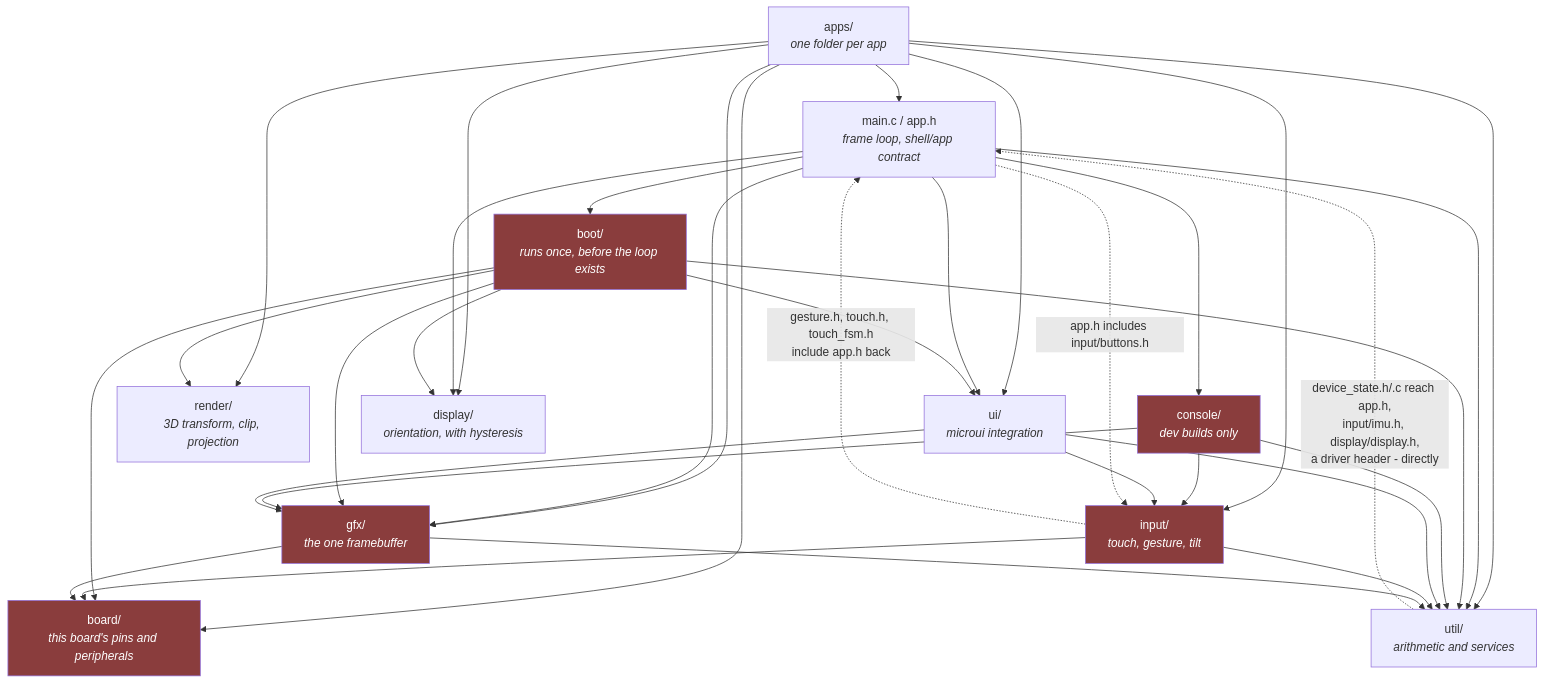
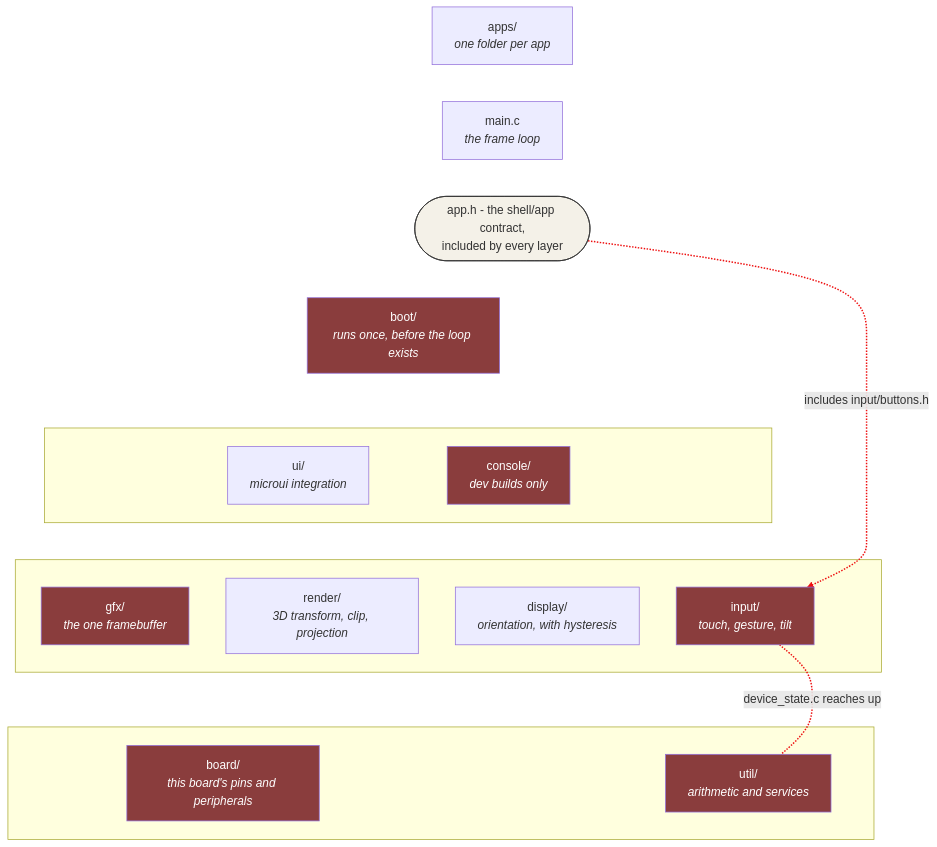
Before and after one commit to jose-villegas/autana: the first of 3 diagrams in docs/Launcher-Architecture.md, drawn with Mermaid. The commit also changed other lines of this file and 1 other file, not shown here.

Commit message:
docs: redraw the layer map as tiers, and the device-lock sequence
The layer map's edge-per-include drawing was an unreadable tangle once
every #include direction was on the page. Redrawn as tiers - one row per
dependency depth, a folder including only what sits below it - with the
two real layering violations as the only drawn arrows, in red, and
app.h shown once as the contract every layer includes rather than as a
hub with an edge from each of them.

Device-Lock.md's sequence diagram only covered the lock/port/bash-flash
lane; split it with a serial-commands lane (send, screenshot, run-suite,
listen open the port directly) alongside flash/batch/selftest, moved the
lock-token refusal into a Note instead of a return arrow, and added the
reset-and-read-BUILD_ID step that actually follows a flash.

````diff
--- a/docs/Launcher-Architecture.md
+++ b/docs/Launcher-Architecture.md
@@ -245,59 +245,53 @@
 ```mermaid
 flowchart TB
     classDef hw fill:#8a3d3d,color:#fff
+    classDef contract fill:#f4f1e8,stroke:#333,stroke-width:1px
 
     Apps["apps/<br/><i>one folder per app</i>"]
-    Shell["main.c / app.h<br/><i>frame loop, shell/app contract</i>"]
+    Main["main.c<br/><i>the frame loop</i>"]
+    Contract(["app.h - the shell/app contract,<br/>included by every layer"]):::contract
     Boot["boot/<br/><i>runs once, before the loop exists</i>"]
-    Ui["ui/<br/><i>microui integration</i>"]
-    Input["input/<br/><i>touch, gesture, tilt</i>"]
-    Render["render/<br/><i>3D transform, clip, projection</i>"]
-    Util["util/<br/><i>arithmetic and services</i>"]
-    Console["console/<br/><i>dev builds only</i>"]
-    Gfx["gfx/<br/><i>the one framebuffer</i>"]
-    Display["display/<br/><i>orientation, with hysteresis</i>"]
-    Board["board/<br/><i>this board's pins and peripherals</i>"]
 
-    class Boot,Gfx,Input,Console,Board hw
+    subgraph T4[" "]
+        Ui["ui/<br/><i>microui integration</i>"]
+        Console["console/<br/><i>dev builds only</i>"]
+    end
+    subgraph T5[" "]
+        Gfx["gfx/<br/><i>the one framebuffer</i>"]
+        Render["render/<br/><i>3D transform, clip, projection</i>"]
+        Display["display/<br/><i>orientation, with hysteresis</i>"]
+        Input["input/<br/><i>touch, gesture, tilt</i>"]
+    end
+    subgraph T6[" "]
+        Board["board/<br/><i>this board's pins and peripherals</i>"]
+        Util["util/<br/><i>arithmetic and services</i>"]
+    end
 
-    Apps --> Shell
-    Apps --> Ui
-    Apps --> Input
-    Apps --> Render
-    Apps --> Util
-    Apps --> Gfx
-    Apps --> Display
-    Apps --> Board
+    Apps ~~~ Main ~~~ Contract ~~~ Boot
+    Boot ~~~ Ui
+    Boot ~~~ Console
+    Ui ~~~ Gfx
+    Ui ~~~ Render
+    Ui ~~~ Input
+    Ui ~~~ Display
+    Console ~~~ Gfx
+    Console ~~~ Render
+    Console ~~~ Input
+    Console ~~~ Display
+    Gfx ~~~ Board
+    Gfx ~~~ Util
+    Render ~~~ Board
+    Render ~~~ Util
+    Input ~~~ Board
+    Input ~~~ Util
+    Display ~~~ Board
+    Display ~~~ Util
 
-    Shell --> Boot
-    Shell --> Ui
-    Shell --> Console
-    Shell --> Display
-    Shell --> Gfx
-    Shell --> Util
+    class Boot,Gfx,Input,Console,Board,Util hw
 
-    Boot --> Board
-    Boot --> Display
-    Boot --> Gfx
-    Boot --> Render
-    Boot --> Ui
-    Boot --> Util
+    Contract -.->|"includes input/buttons.h"| Input
+    Input <-.-|"device_state.c reaches up"| Util
 
-    Console --> Gfx
-    Console --> Input
-    Console --> Util
-
-    Ui --> Gfx
-    Ui --> Input
-    Ui --> Util
-
-    Input --> Board
-    Input --> Util
-
-    Gfx --> Board
-    Gfx --> Util
-
-    Shell -.->|"app.h includes input/buttons.h"| Input
-    Input -.->|"gesture.h, touch.h, touch_fsm.h<br/>include app.h back"| Shell
-    Util -.->|"device_state.h/.c reach app.h,<br/>input/imu.h, display/display.h,<br/>a driver header - directly"| Shell
+    linkStyle 21 stroke:#e11,stroke-width:2px
+    linkStyle 22 stroke:#e11,stroke-width:2px
 ```
````
